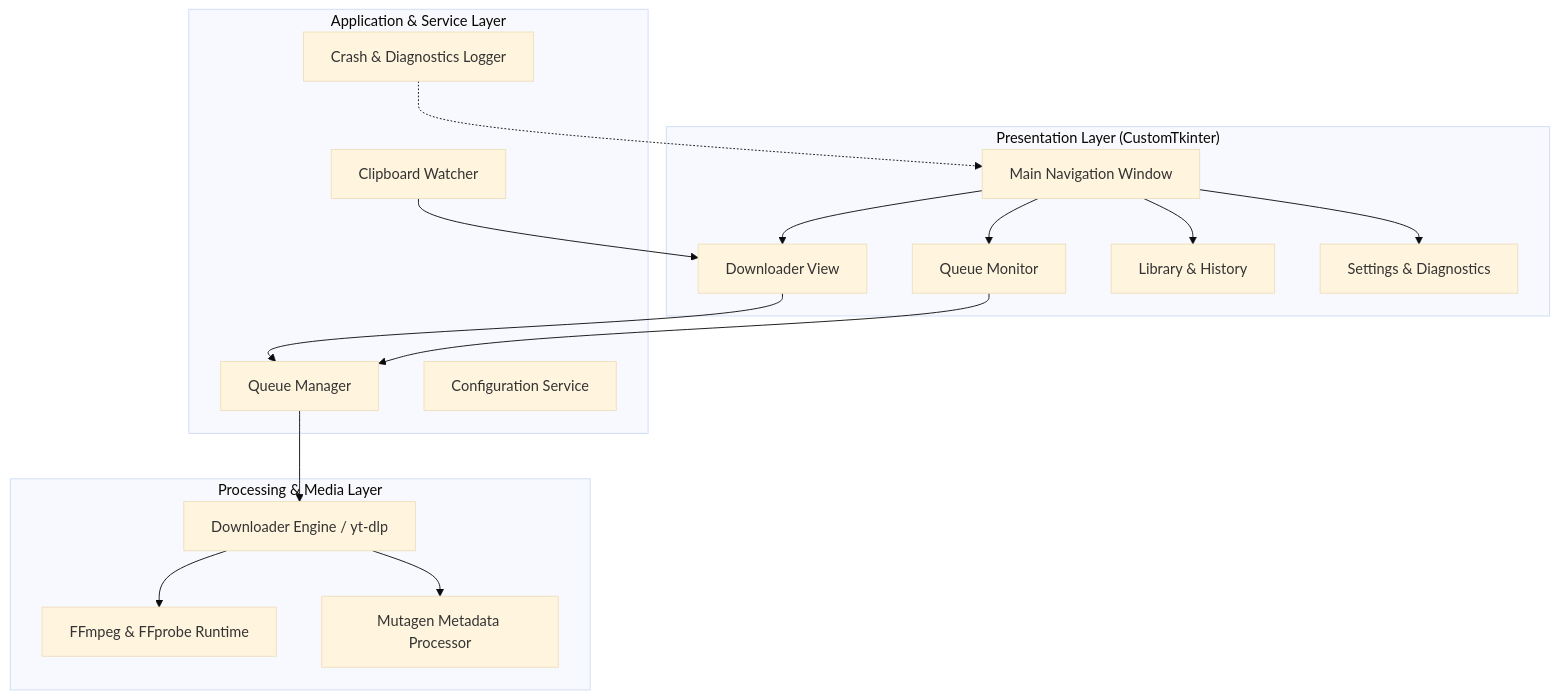
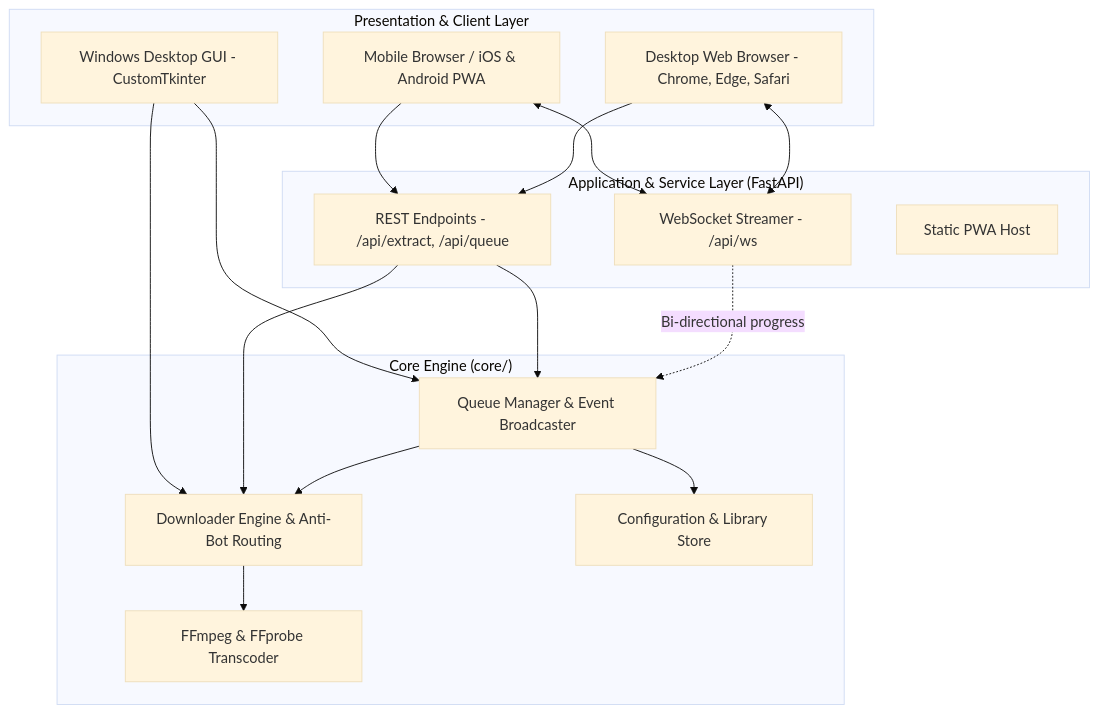
The diagram in README.md (ChimbuezeDavidbackup/argus-studio), drawn with Mermaid (base theme) before and after one commit. The commit also changed other lines of this file and 22 other files, not shown here.

Commit message:
feat: restructure for Desktop, Web & Mobile mobilization, fix bot challenges, and resolve FFmpeg SSL download errors

````diff
--- a/README.md
+++ b/README.md
@@ -73,32 +103,32 @@
 ```mermaid
 flowchart TD
-    subgraph UI["Presentation Layer (CustomTkinter)"]
-        A[Main Navigation Window]
-        B[Downloader View]
-        C[Queue Monitor]
-        D[Library & History]
-        E[Settings & Diagnostics]
+    subgraph Clients["Presentation & Client Layer"]
+        A[Windows Desktop GUI - CustomTkinter]
+        B[Mobile Browser / iOS & Android PWA]
+        C[Desktop Web Browser - Chrome, Edge, Safari]
     end
 
-    subgraph Service["Application & Service Layer"]
-        F[Queue Manager]
-        G[Clipboard Watcher]
-        H[Configuration Service]
-        I[Crash & Diagnostics Logger]
+    subgraph Service["Application & Service Layer (FastAPI)"]
+        D[REST Endpoints - /api/extract, /api/queue]
+        E[WebSocket Streamer - /api/ws]
+        F[Static PWA Host]
     end
 
-    subgraph Engine["Processing & Media Layer"]
-        J[Downloader Engine / yt-dlp]
-        K[FFmpeg & FFprobe Runtime]
-        L[Mutagen Metadata Processor]
+    subgraph Core["Core Engine (core/)"]
+        G[Queue Manager & Event Broadcaster]
+        H[Downloader Engine & Anti-Bot Routing]
+        I[FFmpeg & FFprobe Transcoder]
+        J[Configuration & Library Store]
     end
 
-    A --> B & C & D & E
-    B --> F
-    C --> F
-    G --> B
-    F --> J
-    J --> K
-    J --> L
-    I -.-> A
+    A --> G
+    A --> H
+    B & C --> D
+    B & C <--> E
+    D --> G
+    D --> H
+    G --> H
+    H --> I
+    G --> J
+    E -. "Bi-directional progress" .-> G
 ```
````
